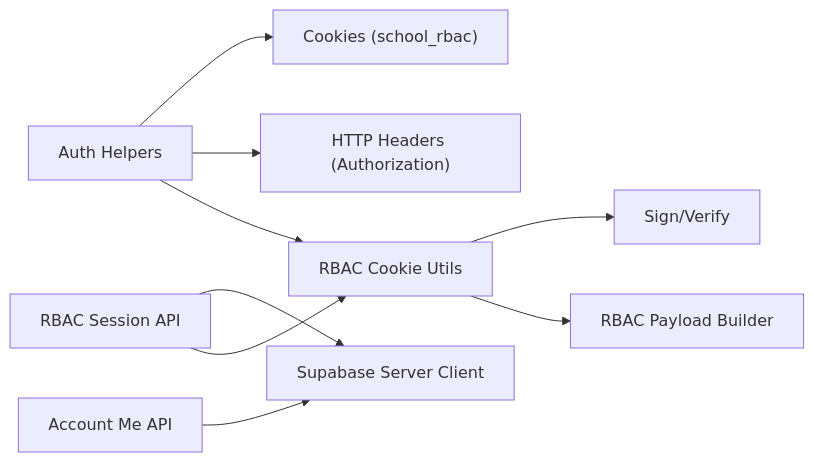
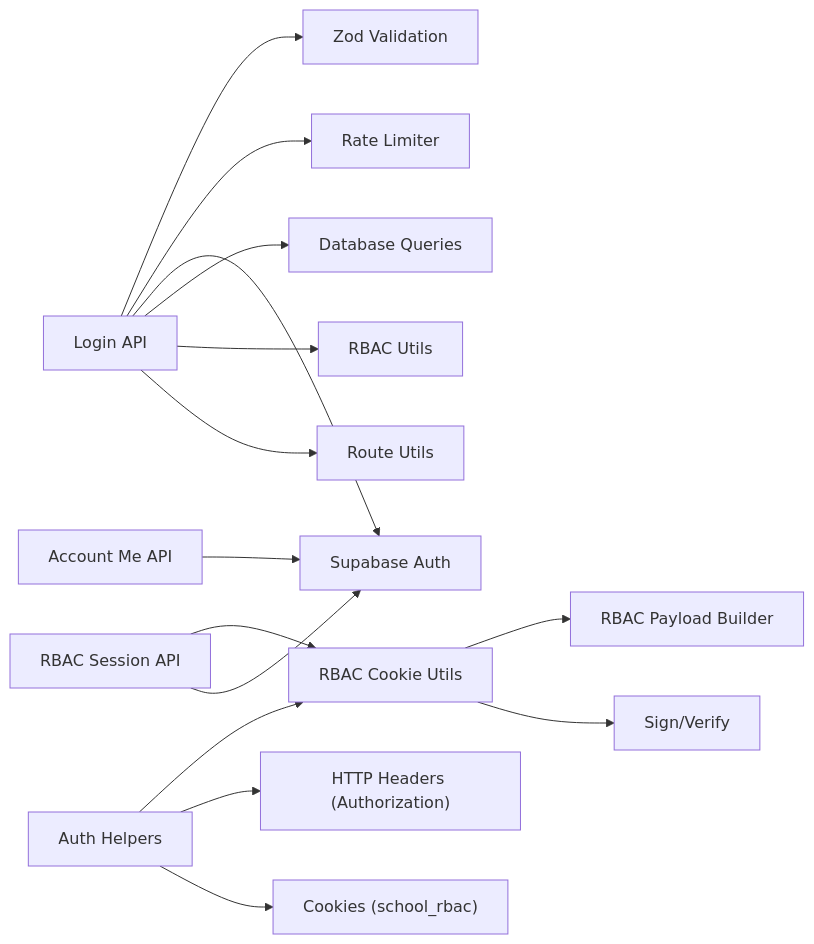
Before and after one commit to mustafaalkusaj/appschoolmustafa2002: the sixth of 6 diagrams in .qoder/repowiki/en/content/API Reference/Authentication API.md, drawn with Mermaid. The commit also changed other lines of this file and 32884 other files, not shown here.

````diff
--- a/.qoder/repowiki/en/content/API Reference/Authentication API.md
+++ b/.qoder/repowiki/en/content/API Reference/Authentication API.md
@@ -277,11 +336,17 @@
 ```mermaid
 graph LR
+L["Login API"] --> V["Zod Validation"]
+L --> RL["Rate Limiter"]
+L --> SB["Supabase Auth"]
+L --> DB["Database Queries"]
+L --> RBAC["RBAC Utils"]
+L --> RU["Route Utils"]
 R["RBAC Cookie Utils"] --> P["RBAC Payload Builder"]
 R --> S["Sign/Verify"]
 A["Auth Helpers"] --> R
 A --> H["HTTP Headers (Authorization)"]
 A --> C["Cookies (school_rbac)"]
 API["RBAC Session API"] --> R
-API --> SB["Supabase Server Client"]
+API --> SB
 ACC["Account Me API"] --> SB
 ```
````
